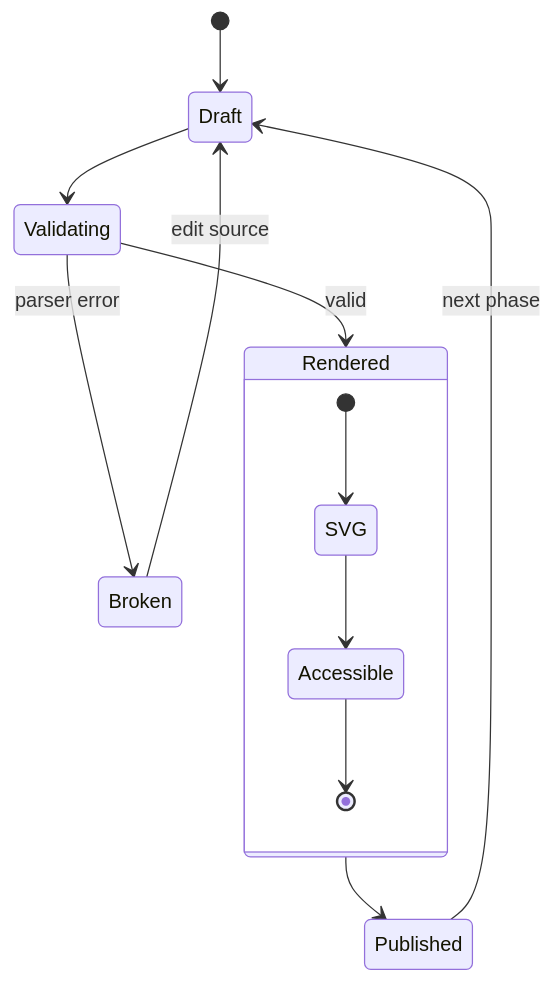
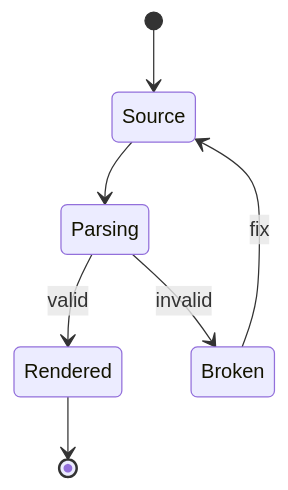
Before and after one commit to thiepn/markdown: the fourth of 16 diagrams in README.md, drawn with Mermaid. The commit also changed other lines of this file, not shown here.

````diff
--- a/README.md
+++ b/README.md
@@ -924,16 +787,9 @@
 ```mermaid
 stateDiagram-v2
-    [*] --> Draft
-    Draft --> Validating
-    Validating --> Broken: parser error
-    Broken --> Draft: edit source
-    Validating --> Rendered: valid
-    Rendered --> Published
-    Published --> Draft: next phase
-
-    state Rendered {
-        [*] --> SVG
-        SVG --> Accessible
-        Accessible --> [*]
-    }
+    [*] --> Source
+    Source --> Parsing
+    Parsing --> Rendered: valid
+    Parsing --> Broken: invalid
+    Broken --> Source: fix
+    Rendered --> [*]
 ```
````
